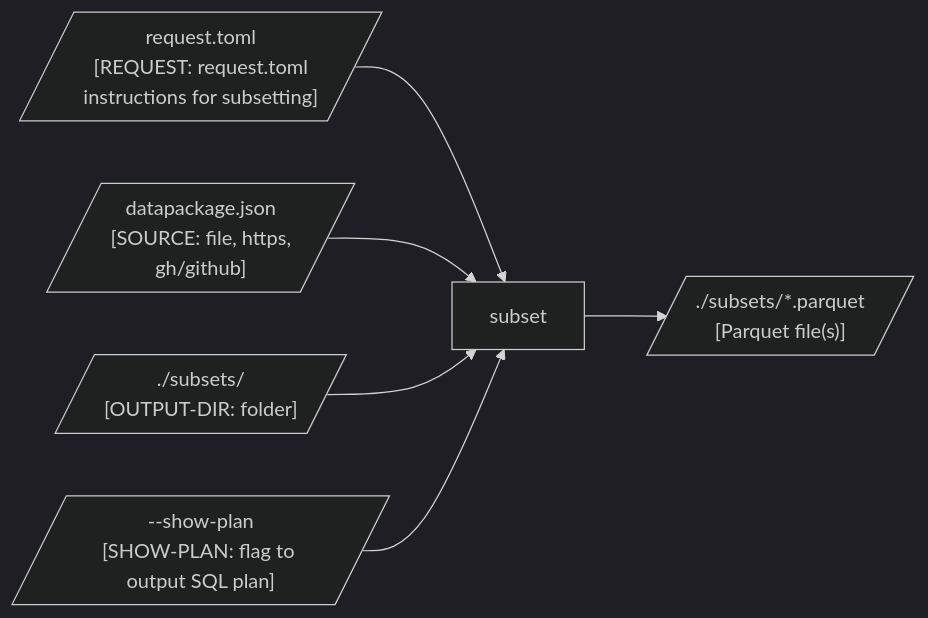
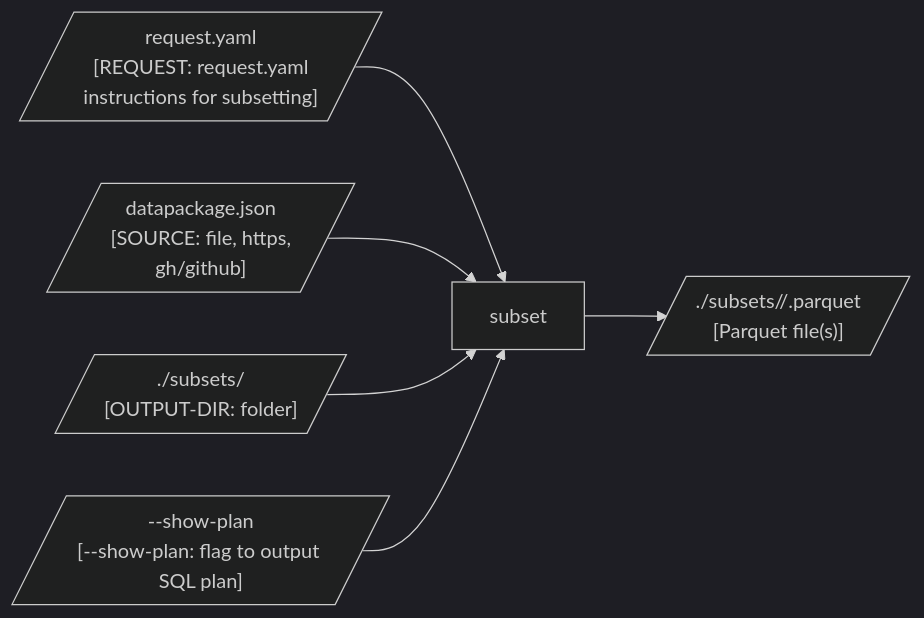
One commit to seedcase-project/seedcase-propagate changed the second of 4 diagrams in docs/design/interface/cli.qmd. Above: the diagram before and after it, drawn with Mermaid (dark theme). The commit also changed other lines of this file, not shown here.

````diff
--- a/docs/design/interface/cli.qmd
+++ b/docs/design/interface/cli.qmd
@@ -141,19 +146,22 @@
 ```{mermaid}
 %%| label: fig-cli-subset-flow
 %%| fig-cap: "The flow of input and output through the CLI `subset` command."
-%%| fig-alt: "Diagram showing the flow of input and output through the CLI `subset` command. The user provides the source of the metadata file, the request file, and output directory for the files."
+%%| fig-alt: >-
+%%|   Diagram showing the flow of input and output through the CLI `subset`
+%%|   command. The user provides the source of the metadata file, the request
+%%|   file, and output directory for the files.
 
 flowchart LR
     source[/"datapackage.json<br>[SOURCE: file, https,<br>gh/github]"/]
     subset["subset"]
-    request[/"request.toml<br>[REQUEST: request.toml<br>instructions for subsetting]"/]
-    show_plan[/"--show-plan<br>[SHOW-PLAN: flag to output SQL plan]"/]
+    request[/"request.yaml<br>[REQUEST: request.yaml<br>instructions for subsetting]"/]
+    show_plan[/"--show-plan<br>[--show-plan: flag to output SQL plan]"/]
     output_dir[/"./subsets/<br>[OUTPUT-DIR: folder]"/]
-    output[/"./subsets/*.parquet<br>[Parquet file(s)]"/]
+    output[/"./subsets/<project-name>/<resource-name>.parquet<br>[Parquet file(s)]"/]
 
     request --> subset
     source --> subset
     output_dir --> subset
     show_plan --> subset
     subset --> output
 ```
````
